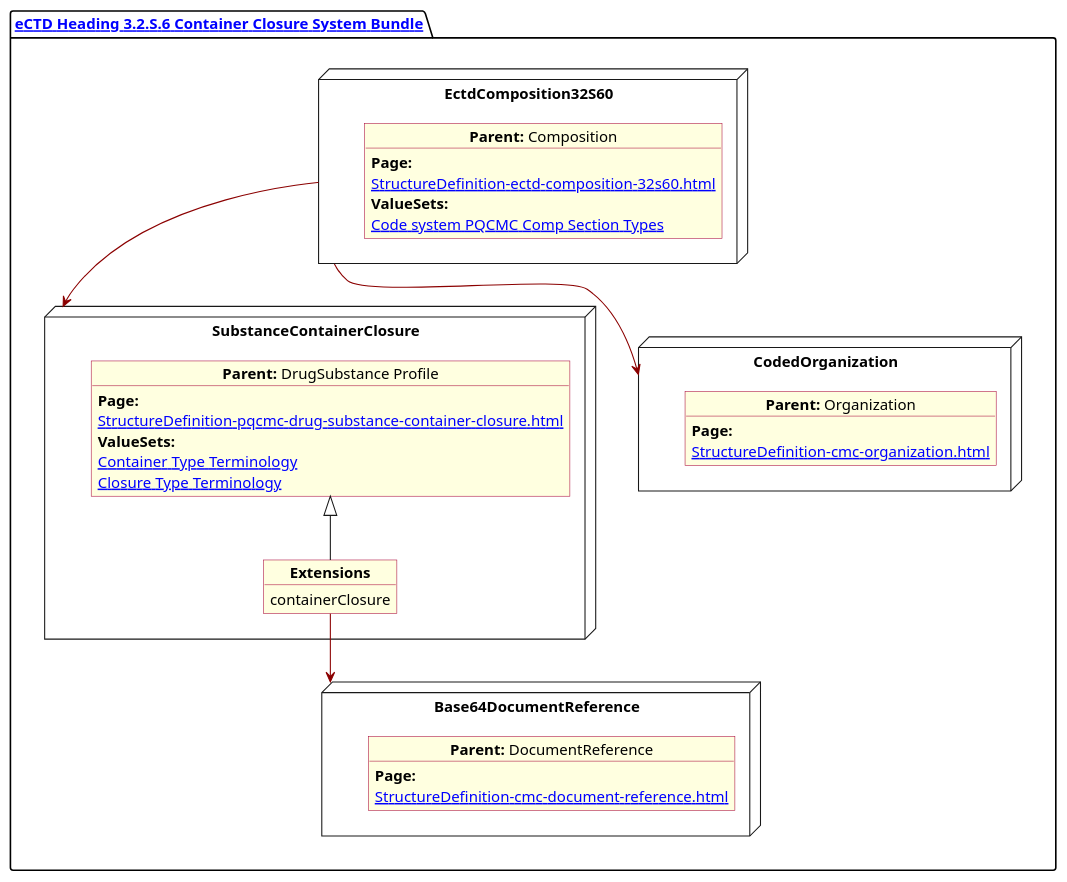
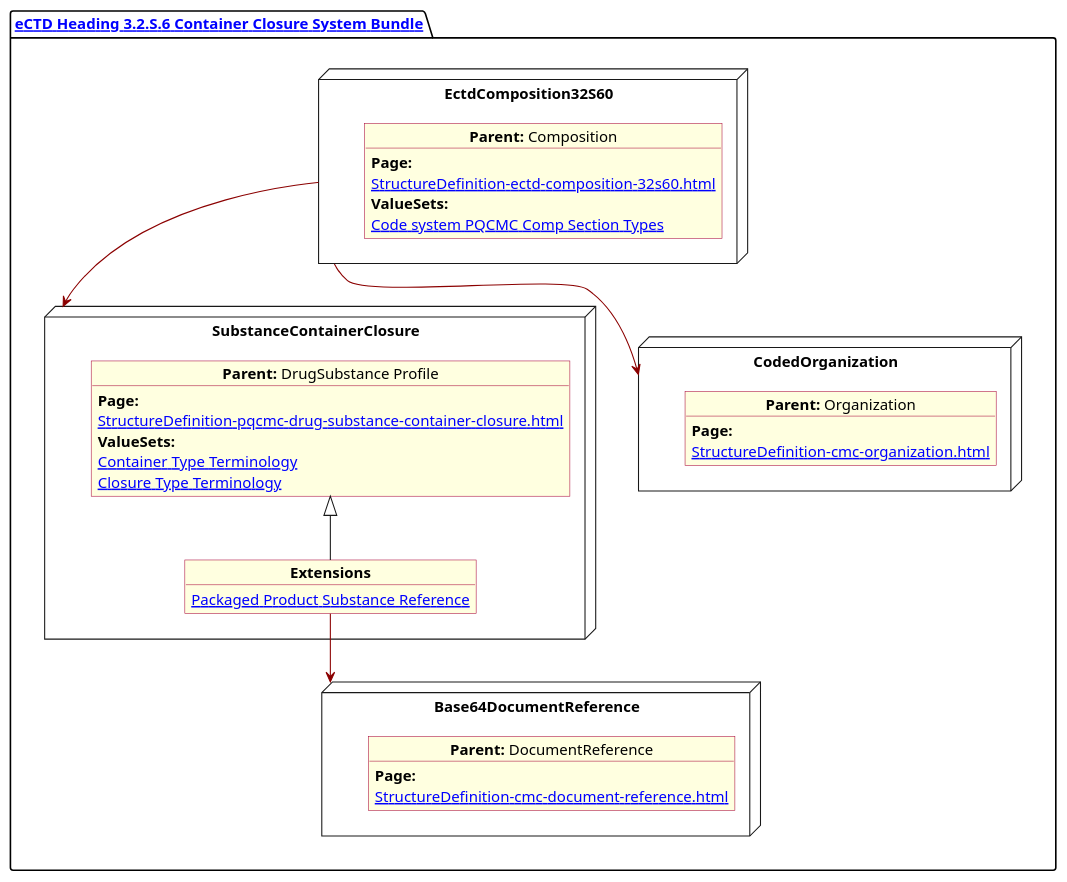
The diagram in input/images-source/SubstanceContainer.plantuml (HL7/FHIR-us-pq-cmc-fda), drawn with PlantUML before and after one commit.

Commit message:
wrong extension in 32s6 plantUML

```diff
--- a/input/images-source/SubstanceContainer.plantuml
+++ b/input/images-source/SubstanceContainer.plantuml
@@ -1,61 +1,61 @@
 @startuml SubstanceContainer
 allowmixing
 'Mixed model of use case and object
 skinparam svgDimensionStyle false
 skinparam ObjectBackgroundColor LightYellow
 skinparam ObjectBorderColor #A80036
 skinparam activityDiamondBorderColor #A80036
 skinparam activityDiamondBackgroundColor lawnGreen
 skinparam ClassBorderThickness 4
 
 package "[[StructureDefinition-cmc-ectd-document-32s60.html eCTD Heading 3.2.S.6 Container Closure System Bundle]]" as NODES {
 
 
 
   node "EctdComposition32S60" as N1 {
 
     object "**Parent:** Composition" as obj1 {
       **Page:**
       [[StructureDefinition-ectd-composition-32s60.html]]
       **ValueSets:**
       [[ValueSet-cmc-comp-section-types-vs.html Code system PQCMC Comp Section Types]]
     }
 
   }
   node "SubstanceContainerClosure" as N21 {
 
     object "**Parent:** DrugSubstance Profile" as obj22 {
       **Page:**
       [[StructureDefinition-pqcmc-drug-substance-container-closure.html]]
       **ValueSets:**
       [[ValueSet-pqcmc-container-type-terminology.html Container Type Terminology]]
       [[ValueSet-pqcmc-closure-type-terminology.html Closure Type Terminology]]
     }
     object "**Extensions**" as objEx {
-      containerClosure
+      [[StructureDefinition-packaged-product-substance-reference.html Packaged Product Substance Reference]]
     }
     obj22 <|-- objEx
   }
   node "Base64DocumentReference" as NB64 {
 
     object "**Parent:** DocumentReference"  as obj64 {
 
       **Page:**
       [[StructureDefinition-cmc-document-reference.html]]
     }
 
   }
   node "CodedOrganization" as NSO {
 
     object "**Parent:** Organization" as objAu {
       **Page:**
       [[StructureDefinition-cmc-organization.html]]
 
     }
   }
 }
 
 N1 -[#darkred]-> N21
 N1 -[#darkred]-> NSO
 objEx -[#darkred]-> NB64
 @enduml
```
